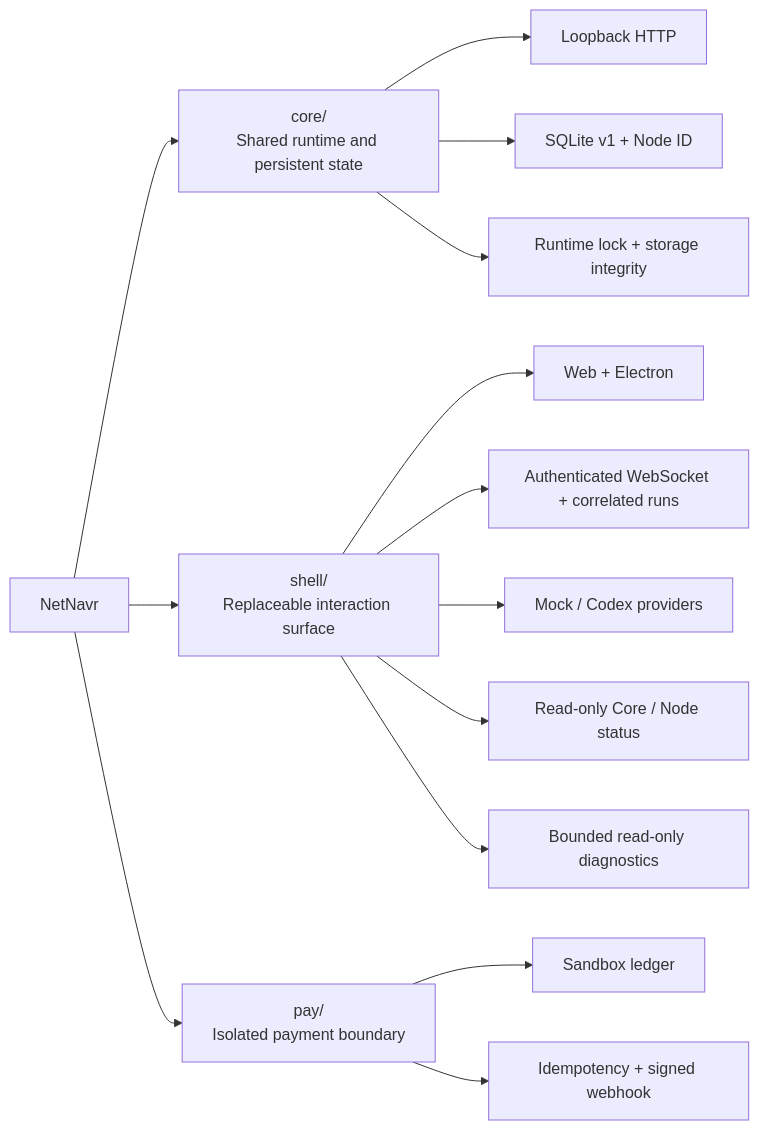
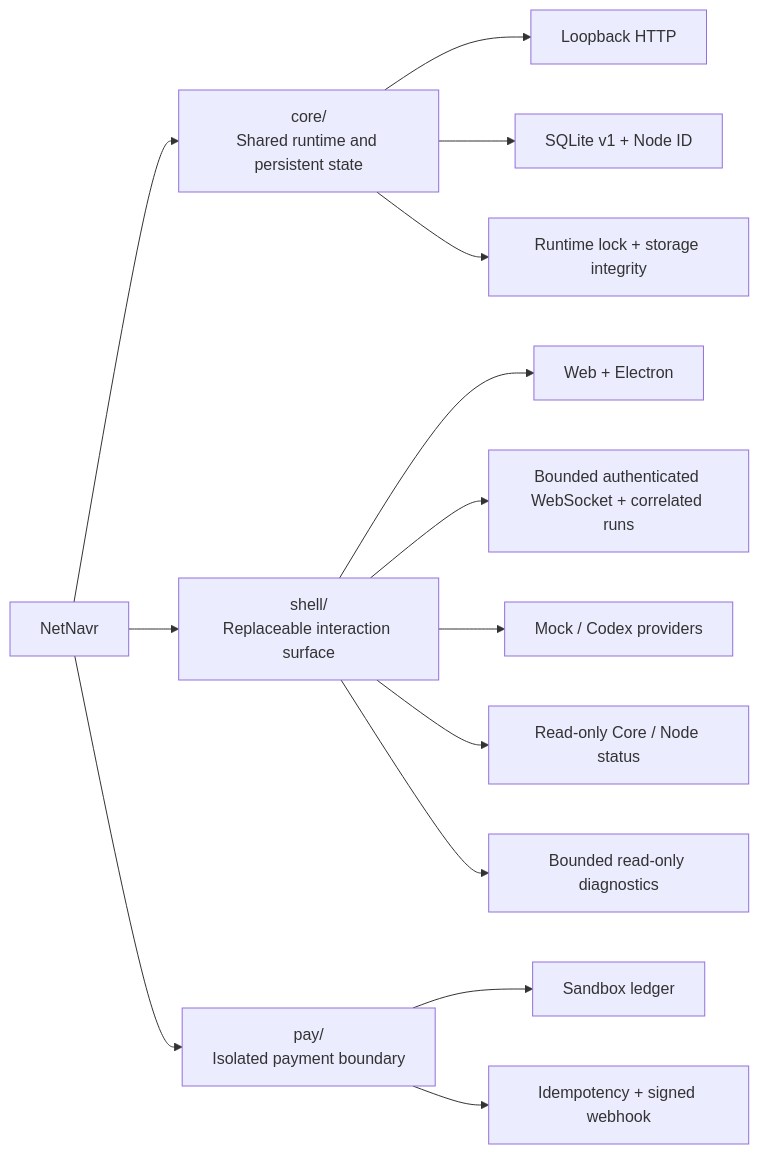
Before and after one commit to PM100Fun/NetNavr: the diagram in README.md, drawn with Mermaid. The commit also changed other lines of this file and 4 other files, not shown here.

Commit message:
fix(shell): bound WebSocket session lifecycle (#18)

````diff
--- a/README.md
+++ b/README.md
@@ -114,19 +115,19 @@
 ```mermaid
 flowchart LR
     R["NetNavr"] --> C["core/<br/>Shared runtime and persistent state"]
     R --> S["shell/<br/>Replaceable interaction surface"]
     R --> P["pay/<br/>Isolated payment boundary"]
 
     C --> C1["Loopback HTTP"]
     C --> C2["SQLite v1 + Node ID"]
     C --> C3["Runtime lock + storage integrity"]
 
     S --> S1["Web + Electron"]
-    S --> S2["Authenticated WebSocket + correlated runs"]
+    S --> S2["Bounded authenticated WebSocket + correlated runs"]
     S --> S3["Mock / Codex providers"]
     S --> S4["Read-only Core / Node status"]
     S --> S5["Bounded read-only diagnostics"]
 
     P --> P1["Sandbox ledger"]
     P --> P2["Idempotency + signed webhook"]
 ```
````
